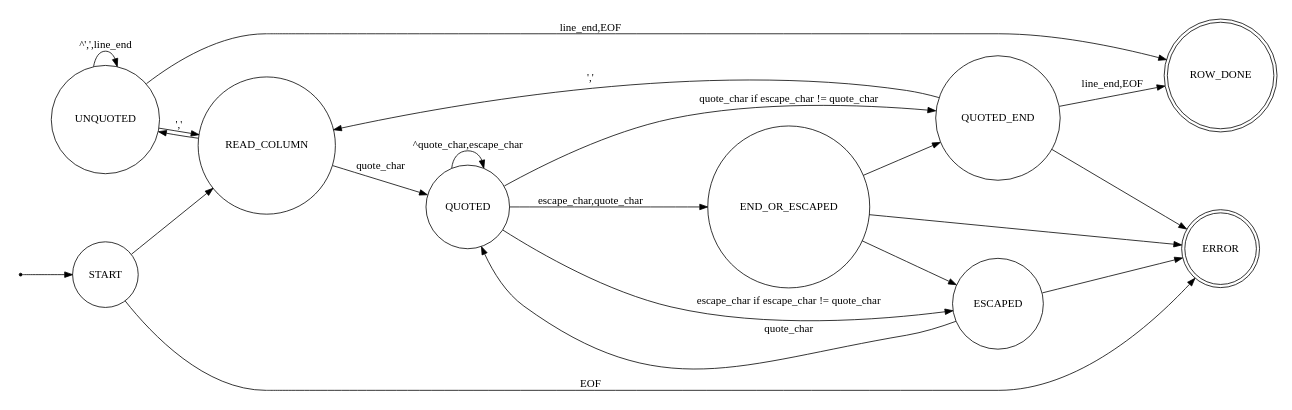
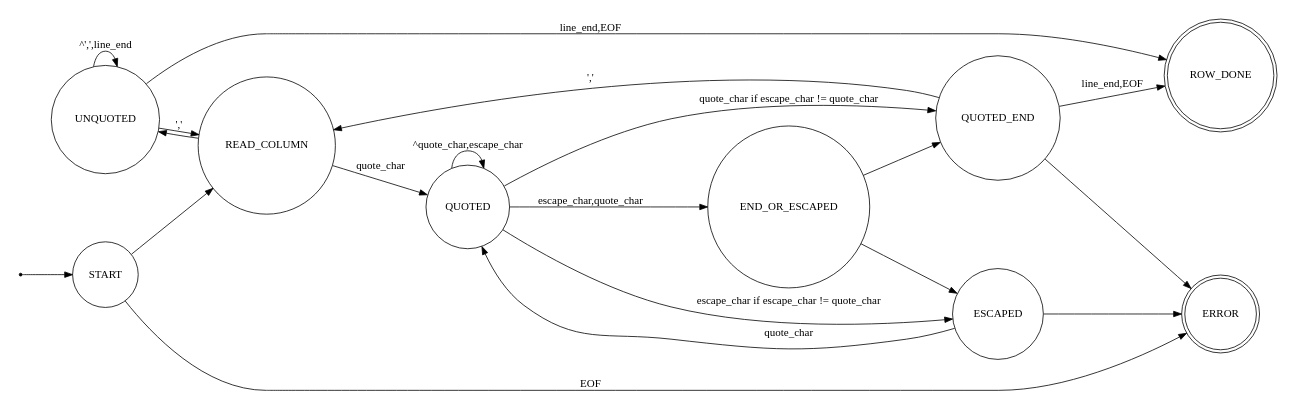
Before and after one commit to arjantop/rust-tabular: the diagram in fsm.dot, drawn with Graphviz. The commit also changed 3 other files, not shown here.

```diff
--- a/fsm.dot
+++ b/fsm.dot
@@ -1,30 +1,29 @@
 digraph finite_state_machine {
 	rankdir=LR;
 	size="8,5"
     node [shape = doublecircle]; ROW_DONE ERROR;
     node [shape = point]; IN;
     node [shape = circle];
 
     IN -> START;
     START -> READ_COLUMN;
     START -> ERROR [ label="EOF" ];
     READ_COLUMN -> UNQUOTED;
 
     UNQUOTED -> READ_COLUMN [ label = "','" ];
     UNQUOTED -> UNQUOTED [ label = "^',',line_end" ];
     UNQUOTED -> ROW_DONE [ label = "line_end,EOF" ];
 
     READ_COLUMN -> QUOTED [ label = "quote_char" ];
     QUOTED -> QUOTED [ label = "^quote_char,escape_char" ];
     QUOTED -> ESCAPED [ label = "escape_char if escape_char != quote_char" ];
     ESCAPED -> QUOTED [ label = "quote_char" ];
     ESCAPED -> ERROR;
     QUOTED -> QUOTED_END [ label = "quote_char if escape_char != quote_char" ];
     QUOTED_END -> READ_COLUMN [ label = "','" ];
     QUOTED_END -> ROW_DONE [ label = "line_end,EOF" ];
     QUOTED_END -> ERROR;
     QUOTED -> END_OR_ESCAPED [ label = "escape_char,quote_char" ];
     END_OR_ESCAPED -> QUOTED_END;
     END_OR_ESCAPED -> ESCAPED;
-    END_OR_ESCAPED -> ERROR;
 }
```
